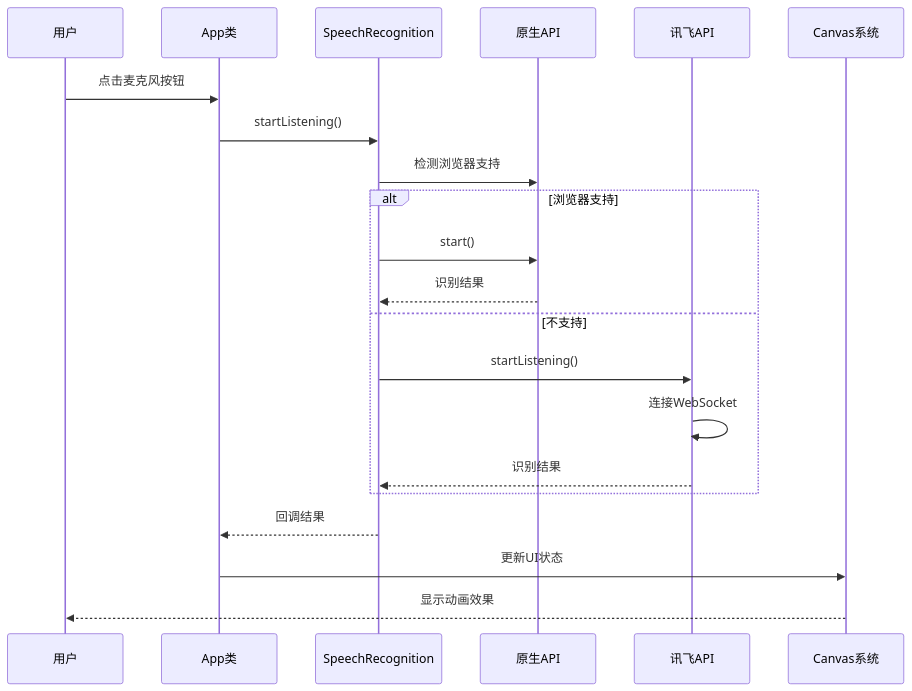
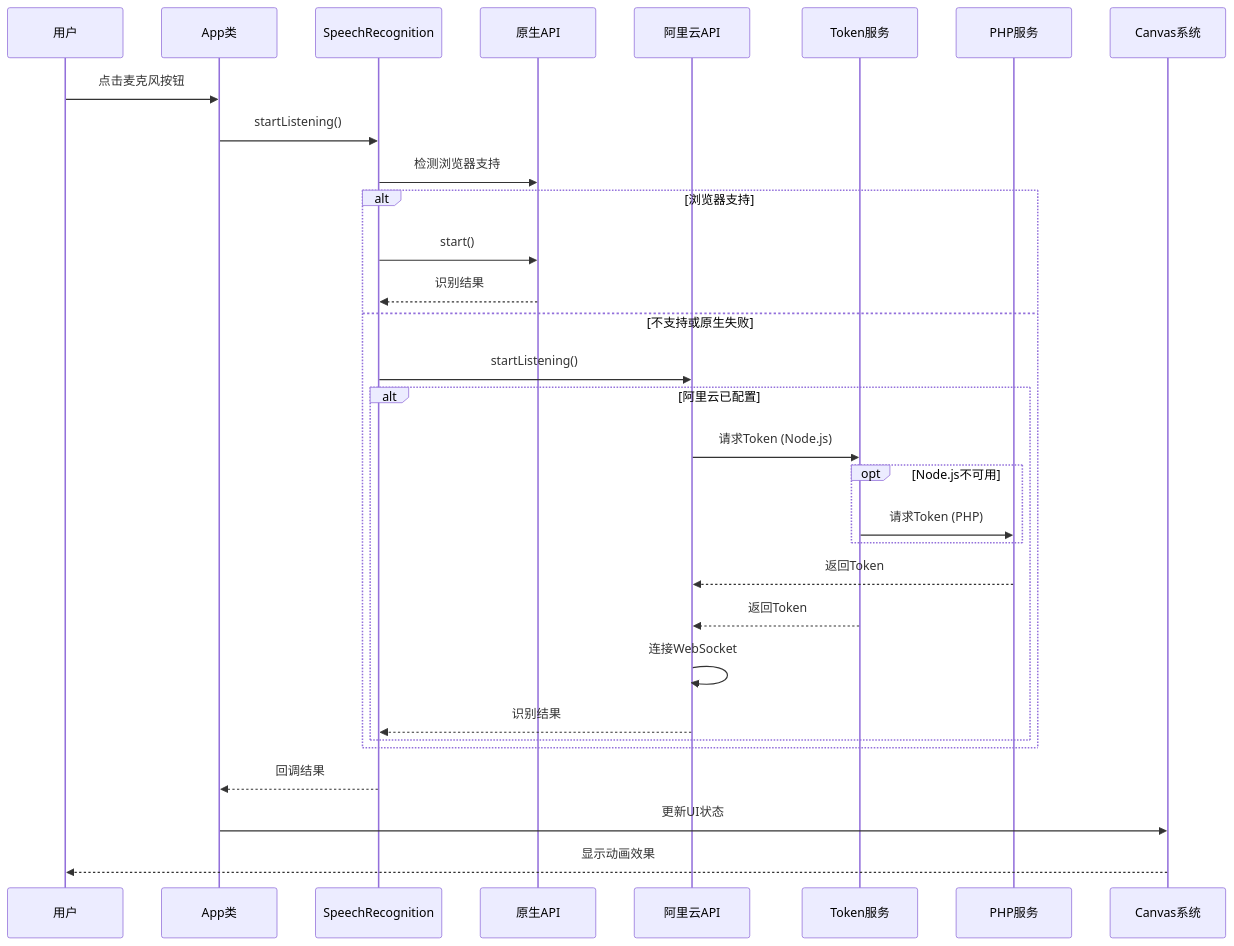
The third of 7 diagrams in .qoder/repowiki/zh/content/用户界面设计.md (db300/MySpeechRecognition), drawn with Mermaid before and after one commit. The commit also changed other lines of this file and 26 other files, not shown here.

````diff
--- a/.qoder/repowiki/zh/content/用户界面设计.md
+++ b/.qoder/repowiki/zh/content/用户界面设计.md
@@ -127,23 +167,33 @@
 ```mermaid
 sequenceDiagram
 participant User as 用户
 participant App as App类
 participant Speech as SpeechRecognition
 participant Native as 原生API
-participant Xfyun as 讯飞API
+participant Aliyun as 阿里云API
+participant Server as Token服务
+participant PHP as PHP服务
 participant Canvas as Canvas系统
 User->>App : 点击麦克风按钮
 App->>Speech : startListening()
 Speech->>Native : 检测浏览器支持
 alt 浏览器支持
 Speech->>Native : start()
 Native-->>Speech : 识别结果
-else 不支持
-Speech->>Xfyun : startListening()
-Xfyun->>Xfyun : 连接WebSocket
-Xfyun-->>Speech : 识别结果
+else 不支持或原生失败
+Speech->>Aliyun : startListening()
+alt 阿里云已配置
+Aliyun->>Server : 请求Token (Node.js)
+opt Node.js不可用
+Server->>PHP : 请求Token (PHP)
+end
+PHP-->>Aliyun : 返回Token
+Server-->>Aliyun : 返回Token
+Aliyun->>Aliyun : 连接WebSocket
+Aliyun-->>Speech : 识别结果
+end
 end
 Speech-->>App : 回调结果
 App->>Canvas : 更新UI状态
 Canvas-->>User : 显示动画效果
 ```
````
